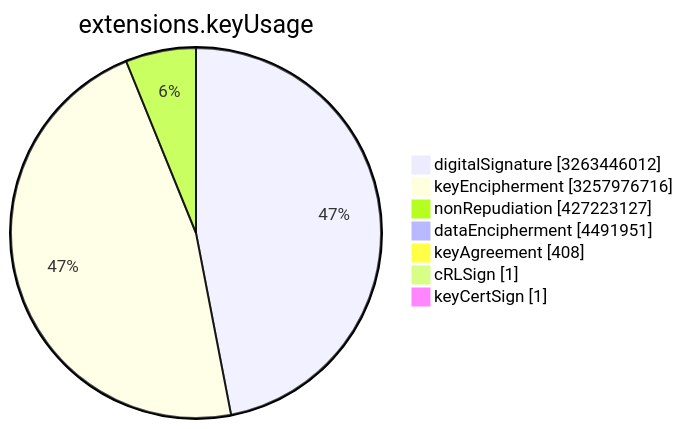
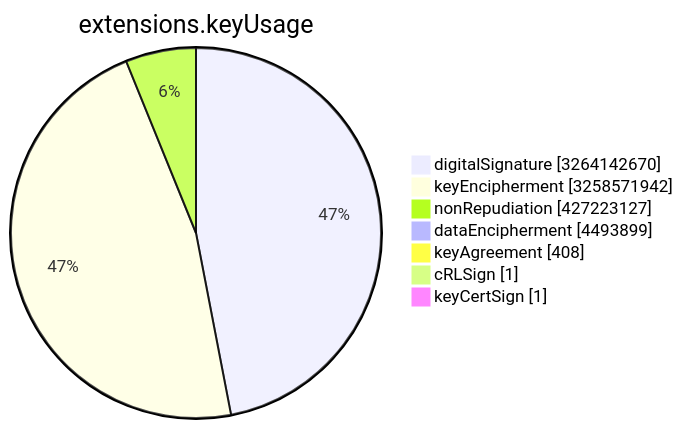
Before and after one commit to christiankrug/ctmonitor_visualization: the sixth of 15 diagrams in TOTAL/README.md, drawn with Mermaid. The commit also changed other lines of this file, not shown here.

````diff
--- a/TOTAL/README.md
+++ b/TOTAL/README.md
@@ -3078,11 +3078,11 @@
 ```mermaid
 pie showData
 title extensions.keyUsage
-"digitalSignature" :3263446012
-"keyEncipherment" :3257976716
+"digitalSignature" :3264142670
+"keyEncipherment" :3258571942
 "nonRepudiation" :427223127
-"dataEncipherment" :4491951
+"dataEncipherment" :4493899
 "keyAgreement" :408
 "cRLSign" :1
 "keyCertSign" :1
 ```
````
